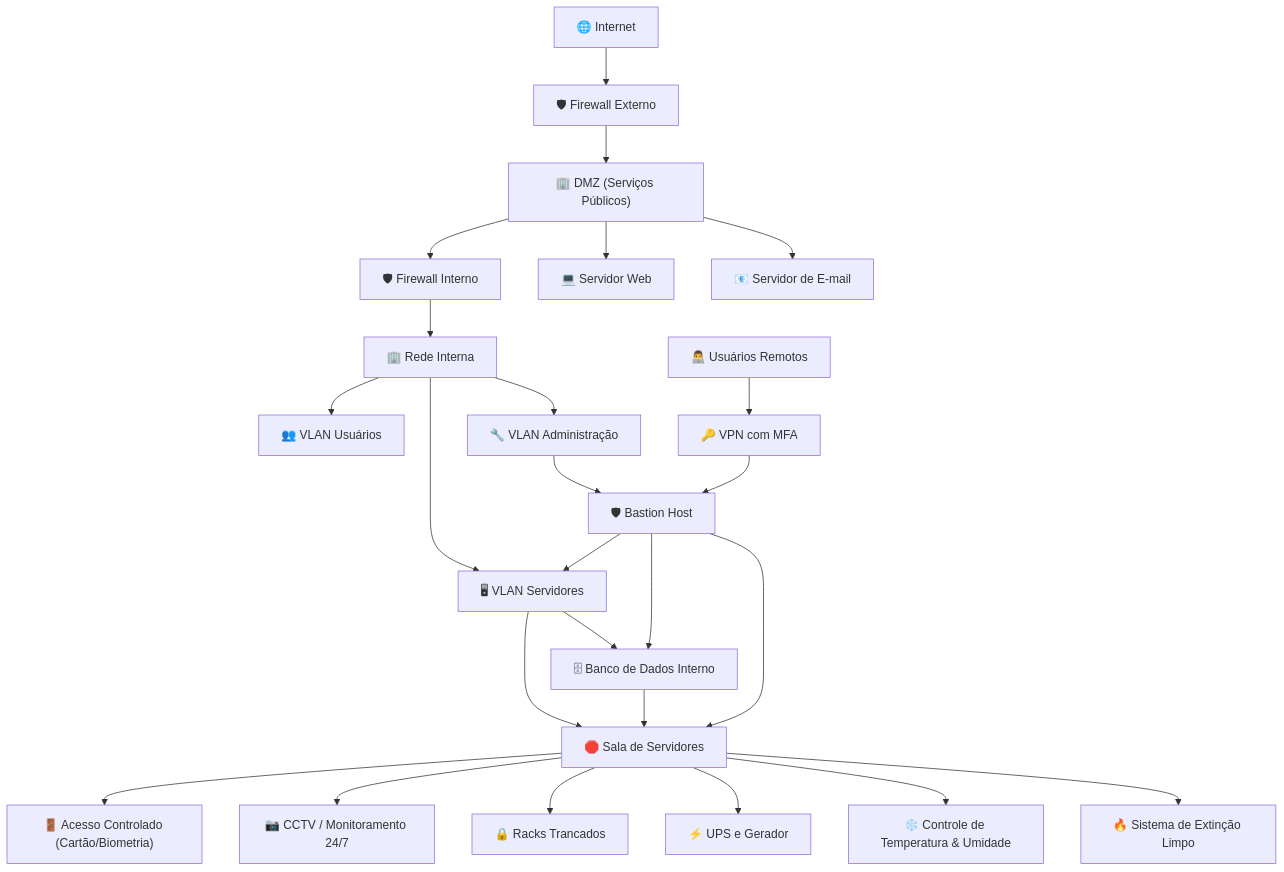
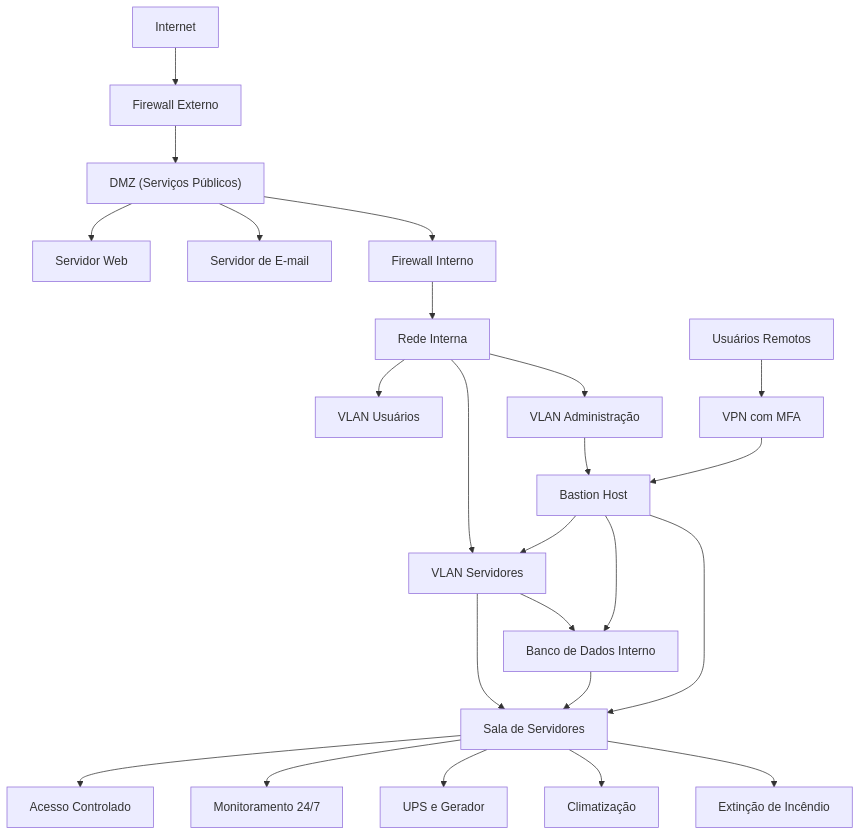
The second of 2 diagrams in Segurança da Informação/Aula-06-Segurança-Física-e-Topologias-de-Segurança.md (profAndreSouza/Material), drawn with Mermaid before and after one commit. The commit also changed other lines of this file, not shown here.

````diff
--- a/Segurança da Informação/Aula-06-Segurança-Física-e-Topologias-de-Segurança.md
+++ b/Segurança da Informação/Aula-06-Segurança-Física-e-Topologias-de-Segurança.md
@@ -135,63 +99,38 @@
 ```mermaid
 flowchart TB
-    %% Internet
-    Internet["🌐 Internet"]
-
-    %% Firewalls
-    FW_External["🛡 Firewall Externo"]
-    FW_Internal["🛡 Firewall Interno"]
+    %% Internet e Firewall Externo
+    Internet["Internet"] --> FW_External["Firewall Externo"]
 
     %% DMZ
-    DMZ["🏢 DMZ (Serviços Públicos)"]
-    WebServer["💻 Servidor Web"]
-    MailServer["📧 Servidor de E-mail"]
+    FW_External --> DMZ["DMZ (Serviços Públicos)"]
+    DMZ --> WebServer["Servidor Web"]
+    DMZ --> MailServer["Servidor de E-mail"]
+    DMZ --> FW_Internal["Firewall Interno"]
 
     %% Rede Interna
-    InternalNet["🏢 Rede Interna"]
-    UsersVLAN["👥 VLAN Usuários"]
-    ServersVLAN["🖥 VLAN Servidores"]
-    AdminVLAN["🔧 VLAN Administração"]
-    Database["🗄 Banco de Dados Interno"]
-    BastionHost["🛡 Bastion Host"]
+    FW_Internal --> InternalNet["Rede Interna"]
+    InternalNet --> UsersVLAN["VLAN Usuários"]
+    InternalNet --> ServersVLAN["VLAN Servidores"]
+    InternalNet --> AdminVLAN["VLAN Administração"]
 
-    %% VPN para usuários remotos
-    VPN["🔑 VPN com MFA"]
-    RemoteUsers["👨‍💻 Usuários Remotos"]
+    %% Banco de Dados e Bastion Host
+    ServersVLAN --> Database["Banco de Dados Interno"]
+    AdminVLAN --> BastionHost["Bastion Host"]
+    BastionHost --> Database
+    BastionHost --> ServersVLAN
+
+    %% VPN
+    RemoteUsers["Usuários Remotos"] --> VPN["VPN com MFA"]
+    VPN --> BastionHost
 
     %% Sala de Servidores e Controles Físicos
-    ServerRoom["🛑 Sala de Servidores"]
-    DoorAccess["🚪 Acesso Controlado (Cartão/Biometria)"]
-    Cameras["📷 CCTV / Monitoramento 24/7"]
-    Racks["🔒 Racks Trancados"]
-    UPS["⚡ UPS e Gerador"]
-    HVAC["❄️ Controle de Temperatura & Umidade"]
-    FireSuppression["🔥 Sistema de Extinção Limpo"]
-
-    %% Conexões Lógicas
-    Internet --> FW_External
-    FW_External --> DMZ
-    DMZ --> WebServer
-    DMZ --> MailServer
-    DMZ --> FW_Internal
-    FW_Internal --> InternalNet
-    InternalNet --> UsersVLAN
-    InternalNet --> ServersVLAN
-    InternalNet --> AdminVLAN
-    ServersVLAN --> Database
-    AdminVLAN --> BastionHost
-    BastionHost --> ServersVLAN
-    BastionHost --> Database
-    RemoteUsers --> VPN
-    VPN --> BastionHost
-
-    %% Conexões Físicas (Sala de Servidores)
-    ServersVLAN --> ServerRoom
+    ServersVLAN --> ServerRoom["Sala de Servidores"]
     Database --> ServerRoom
     BastionHost --> ServerRoom
-    ServerRoom --> DoorAccess
-    ServerRoom --> Cameras
-    ServerRoom --> Racks
-    ServerRoom --> UPS
-    ServerRoom --> HVAC
-    ServerRoom --> FireSuppression
+    ServerRoom --> DoorAccess["Acesso Controlado"]
+    ServerRoom --> Cameras["Monitoramento 24/7"]
+    ServerRoom --> UPS["UPS e Gerador"]
+    ServerRoom --> HVAC["Climatização"]
+    ServerRoom --> FireSuppression["Extinção de Incêndio"]
+
 ```
````
